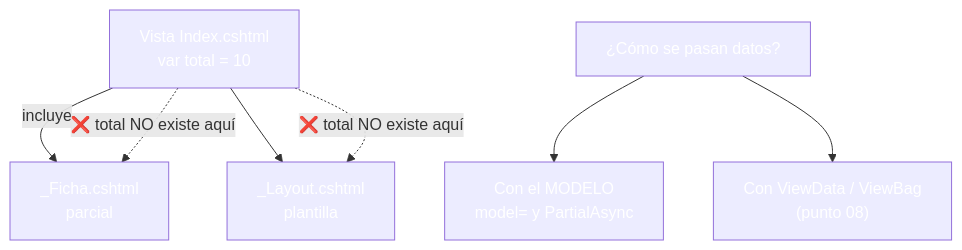
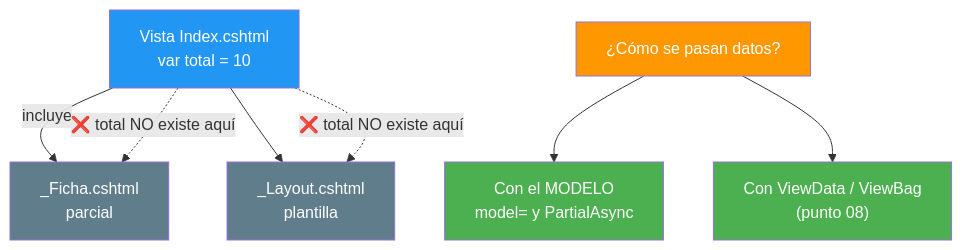
The sixth of 6 diagrams in 02-directivas-sintaxis.md (joseluisgs/DesarrolloWebEntornosServidor-03-2026-2027), drawn with Mermaid before and after one commit. The commit also changed other lines of this file and 25 other files, not shown here.

Commit message:
docs: corregir los estilos Mermaid de los temas y alinear el dominio del tema 25 con ProductosApp

````diff
--- a/02-directivas-sintaxis.md
+++ b/02-directivas-sintaxis.md
@@ -599,18 +599,18 @@
 ```mermaid
 graph TD
     A["Vista Index.cshtml<br/>var total = 10"] -->|"incluye"| B["_Ficha.cshtml<br/>parcial"]
     A --> C["_Layout.cshtml<br/>plantilla"]
 
     A -.->|"❌ total NO existe aquí"| B
     A -.->|"❌ total NO existe aquí"| C
 
     D["¿Cómo se pasan datos?"] --> E["Con el MODELO<br/>model= y PartialAsync"]
     D --> F["Con ViewData / ViewBag<br/>(punto 08)"]
 
-    style A fill:#2196F,color:#fff3,color:#fff
-    style B fill:#607D8,color:#fffB,color:#fff
-    style C fill:#607D8,color:#fffB,color:#fff
-    style D fill:#FF980,color:#fff0,color:#fff
-    style E fill:#4CAF5,color:#fff0,color:#fff
-    style F fill:#4CAF5,color:#fff0,color:#fff
+    style A fill:#2196F3,color:#fff
+    style B fill:#607D8B,color:#fff
+    style C fill:#607D8B,color:#fff
+    style D fill:#FF9800,color:#fff
+    style E fill:#4CAF50,color:#fff
+    style F fill:#4CAF50,color:#fff
 ```
````
